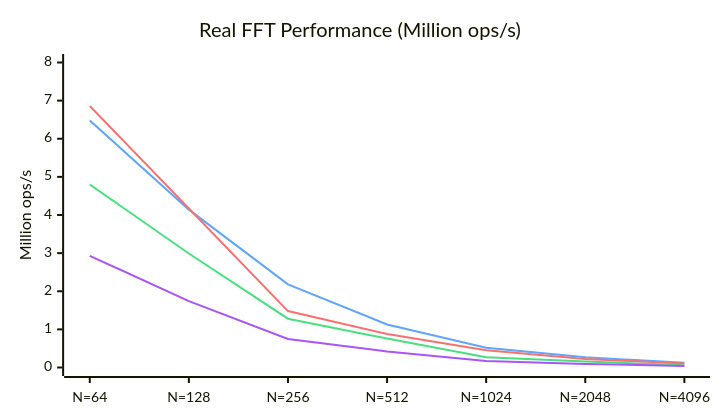
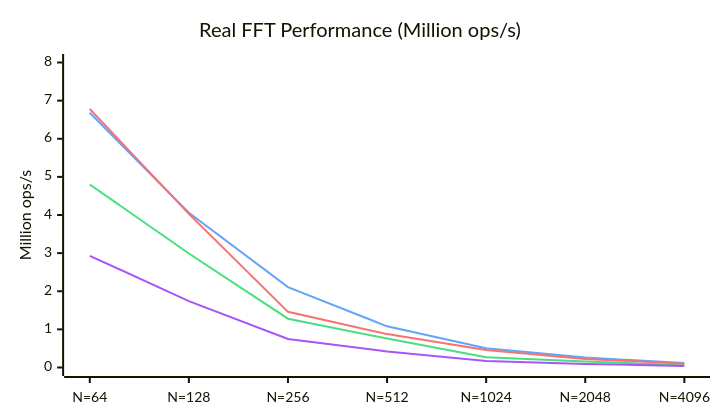
Before and after one commit to EmNudge/wat-fft: the second of 2 diagrams in README.md, drawn with Mermaid. The commit also changed other lines of this file and 3 other files, not shown here.

````diff
--- a/README.md
+++ b/README.md
@@ -59,19 +59,19 @@
 ```mermaid
 ---
 config:
     xyChart:
         width: 700
         height: 400
     themeVariables:
         xyChart:
             plotColorPalette: "#4ade80, #60a5fa, #f87171, #a855f7"
 ---
 xychart-beta
     title "Real FFT Performance (Million ops/s)"
     x-axis [N=64, N=128, N=256, N=512, N=1024, N=2048, N=4096]
     y-axis "Million ops/s" 0 --> 8
     line [4.80, 2.99, 1.28, 0.76, 0.27, 0.16, 0.062]
-    line [6.48, 4.14, 2.18, 1.13, 0.52, 0.267, 0.122]
-    line [6.86, 4.17, 1.48, 0.88, 0.45, 0.225, 0.104]
+    line [6.68, 4.06, 2.11, 1.08, 0.504, 0.263, 0.116]
+    line [6.78, 4.03, 1.46, 0.876, 0.458, 0.225, 0.101]
     line [2.93, 1.74, 0.75, 0.42, 0.17, 0.094, 0.039]
 ```
````
